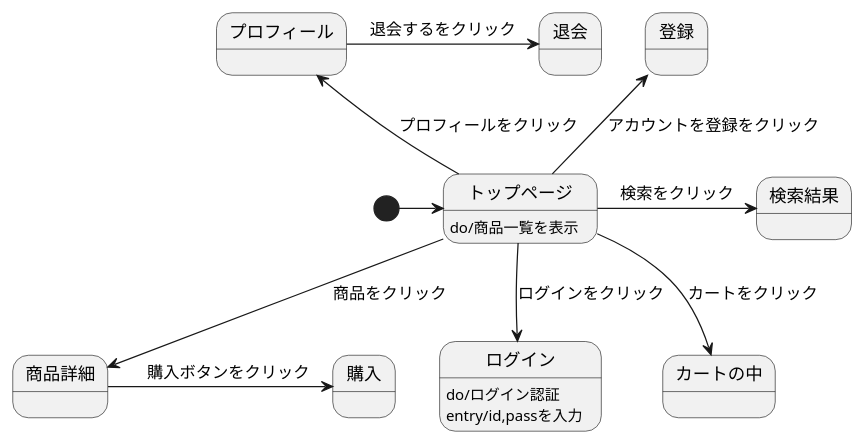
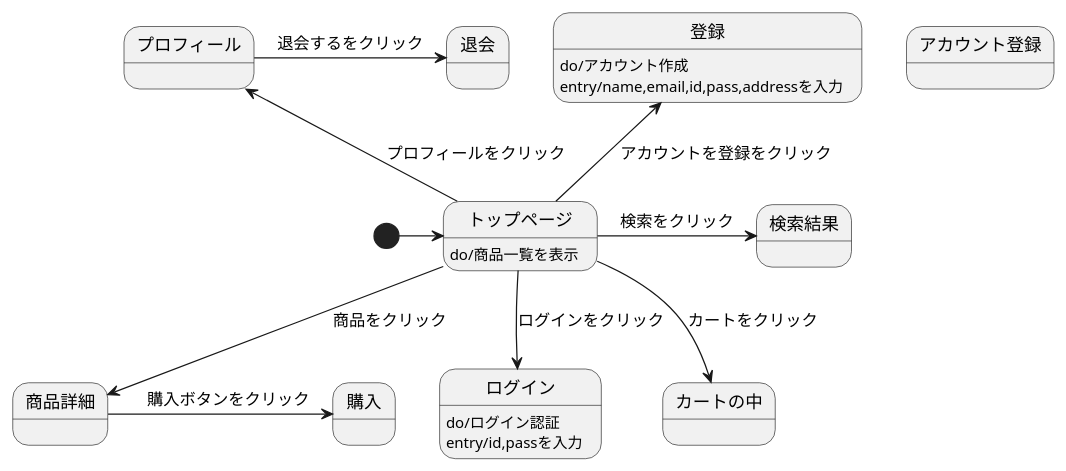
Before and after one commit to Aso2001159/2021sys-design: the diagram in stm01.md, drawn with PlantUML.

````diff
--- a/stm01.md
+++ b/stm01.md
@@ -1,18 +1,23 @@
 ```uml
 
 @startuml
 [*]->トップページ
 トップページ : do/商品一覧を表示
 トップページ-->商品詳細 : 商品をクリック
   商品詳細->購入 :　購入ボタンをクリック
 トップページ-down->ログイン :ログインをクリック
   ログイン : do/ログイン認証
   ログイン : entry/id,passを入力
 トップページ-->カートの中 :カートをクリック
 トップページ-up->登録 :アカウントを登録をクリック
+state アカウント登録{
+  登録 : do/アカウント作成
+  登録 : entry/name,email,id,pass,addressを入力
+  
+  }
 トップページ->検索結果 :検索をクリック
 トップページ-up->プロフィール :プロフィールをクリック
   プロフィール->退会 :退会するをクリック
 @enduml
 
 ```
````
